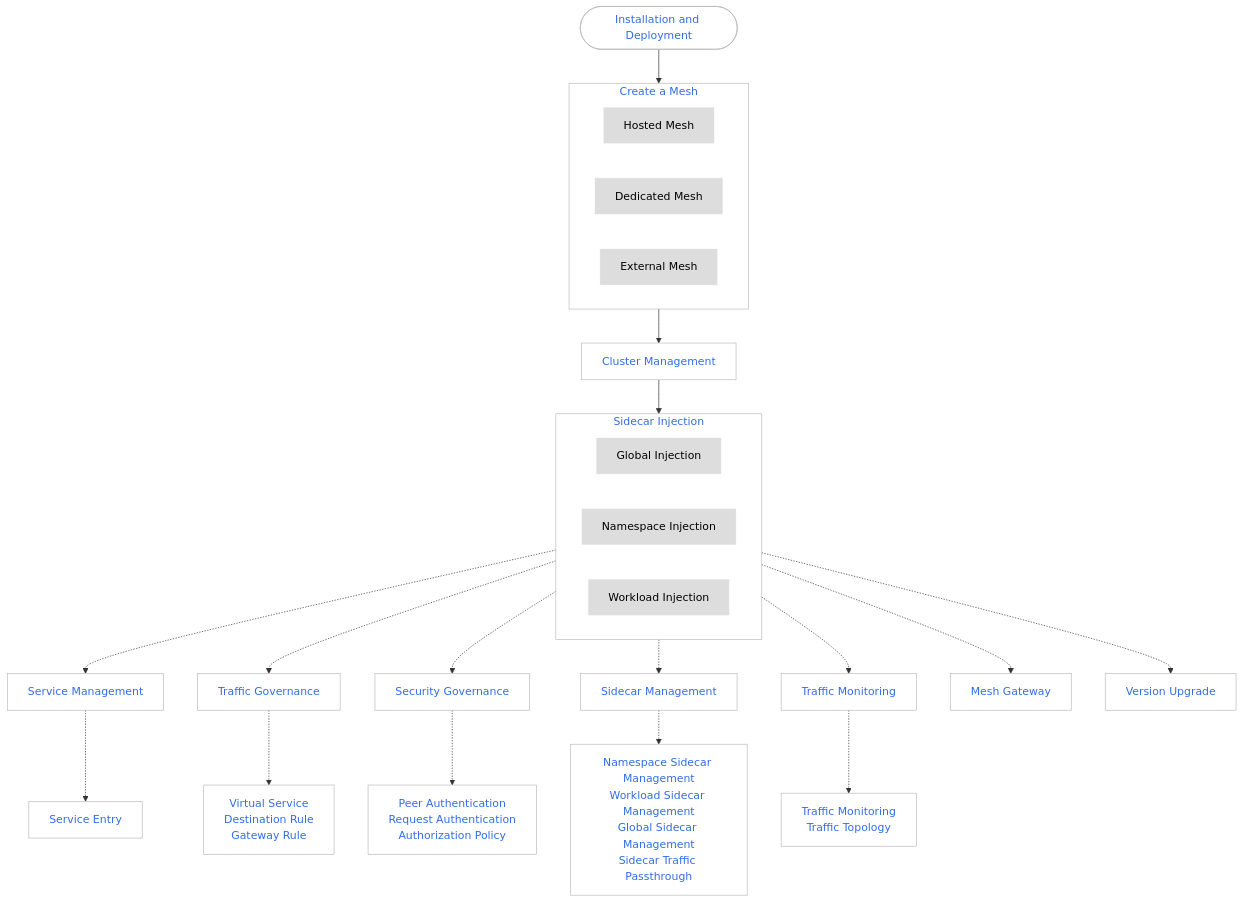
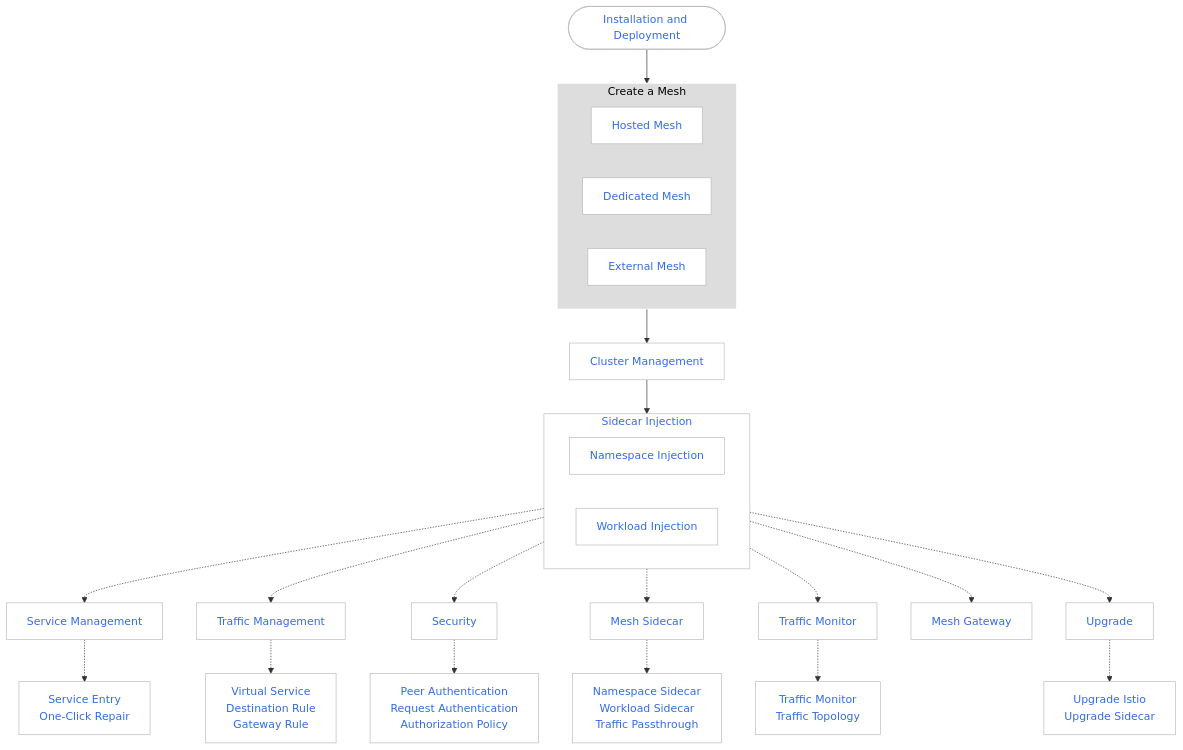
Before and after one commit to DaoCloud/DaoCloud-docs: the diagram in docs/en/docs/mspider/intro/index.md, drawn with Mermaid. The commit also changed 1 other file, not shown here.

Commit message:
update mspider index

````diff
--- a/docs/en/docs/mspider/intro/index.md
+++ b/docs/en/docs/mspider/intro/index.md
@@ -60,66 +60,66 @@
 ```mermaid
 flowchart TD
 
     install([Installation and Deployment])
     install --> mesh[Create a Mesh]
         subgraph mesh[Create a Mesh]
             managed[Hosted Mesh]
             private[Dedicated Mesh]
             external[External Mesh]
             
         end
 
     mesh --> cluster[Cluster Management]
 
     cluster --> inject[Sidecar Injection]
 
         subgraph inject[Sidecar Injection]
-            global[Global Injection]
             namespace[Namespace Injection]
             workload[Workload Injection]
         end
 
     
     inject -.-> service[Service Management]
-    inject -.-> traffic[Traffic Governance]
-    inject -.-> security[Security Governance]
-    inject -.-> sidecar[Sidecar Management]
-    inject -.-> watch[Traffic Monitoring]
+    inject -.-> traffic[Traffic Management]
+    inject -.-> security[Security]
+    inject -.-> sidecar[Mesh Sidecar]
+    inject -.-> watch[Traffic Monitor]
     inject -.-> gateway[Mesh Gateway]
-    inject -.-> upgrade[Version Upgrade]
+    inject -.-> upgrade[Upgrade]
     
 
-    service -.-> entry[Service Entry]
+    service -.-> entry[Service Entry<br>One-Click Repair]
     traffic -.-> virtual[Virtual Service<br>Destination Rule<br>Gateway Rule]
     security -.-> peer[Peer Authentication<br>Request Authentication<br>Authorization Policy]
-    sidecar -.-> sidecarm[Namespace Sidecar Management<br>Workload Sidecar Management<br>Global Sidecar Management<br>Sidecar Traffic Passthrough]
-    watch -.-> watch2[Traffic Monitoring<br>Traffic Topology]
+    sidecar -.-> sidecarm[Namespace Sidecar<br>Workload Sidecar<br>Traffic Passthrough]
+    watch -.-> watch2[Traffic Monitor<br>Traffic Topology]
+    upgrade -.-> upgrade1[Upgrade Istio<br>Upgrade Sidecar]
 
     classDef plain fill:#ddd,stroke:#fff,stroke-width:1px,color:#000;
     classDef k8s fill:#326ce5,stroke:#fff,stroke-width:1px,color:#fff;
     classDef cluster fill:#fff,stroke:#bbb,stroke-width:1px,color:#326ce5;
 
-    class managed,private,external,global,namespace,workload plain
-    class install,service,gateway,traffic,watch,upgrade,security,entry,virtual,peer,cluster,sidecar,sidecarm,watch2 cluster
+    class mesh plain
+    class install,service,gateway,traffic,watch,upgrade,security,entry,virtual,peer,cluster,sidecar,sidecarm,watch2,managed,private,external,namespace,workload,upgrade1 cluster
 
     click install "https://docs.daocloud.io/en/mspider/install/install/"
     click managed "https://docs.daocloud.io/en/mspider/user-guide/service-mesh/"
     click private "https://docs.daocloud.io/en/mspider/user-guide/service-mesh/"
     click external "https://docs.daocloud.io/en/mspider/user-guide/service-mesh/external-mesh/"
     click cluster "https://docs.daocloud.io/en/mspider/user-guide/cluster-management/join-clus/"
     click global "https://docs.daocloud.io/en/mspider/user-guide/sidecar-management/global-sidecar/"
     click namespace "https://docs.daocloud.io/en/mspider/user-guide/sidecar-management/ns-sidecar/"
     click workload "https://docs.daocloud.io/en/mspider/user-guide/sidecar-management/workload-sidecar/"
     click gateway "https://docs.daocloud.io/en/mspider/user-guide/gateway-instance/create/"
     click service "https://docs.daocloud.io/en/mspider/user-guide/service-list/"
     click traffic "https://docs.daocloud.io/en/mspider/user-guide/traffic-governance/"
     click security "https://docs.daocloud.io/en/mspider/user-guide/security/"
     click watch "https://docs.daocloud.io/en/mspider/user-guide/traffic-monitor/"
     click upgrade "https://docs.daocloud.io/en/mspider/user-guide/upgrade/istio-update/"
     click entry "https://docs.daocloud.io/en/mspider/user-guide/service-list/service-entry/"
     click virtual "https://docs.daocloud.io/en/mspider/user-guide/traffic-governance/virtual-service/"
     click peer "https://docs.daocloud.io/en/mspider/user-guide/security/peer/"
     click sidecar "https://docs.daocloud.io/en/mspider/user-guide/sidecar-management/ns-sidecar/"
     click sidecarm "https://docs.daocloud.io/en/mspider/user-guide/sidecar-management/passthrough/"
     click watch2 "https://docs.daocloud.io/en/mspider/user-guide/traffic-monitor/conn-topo/"
 ```
````
